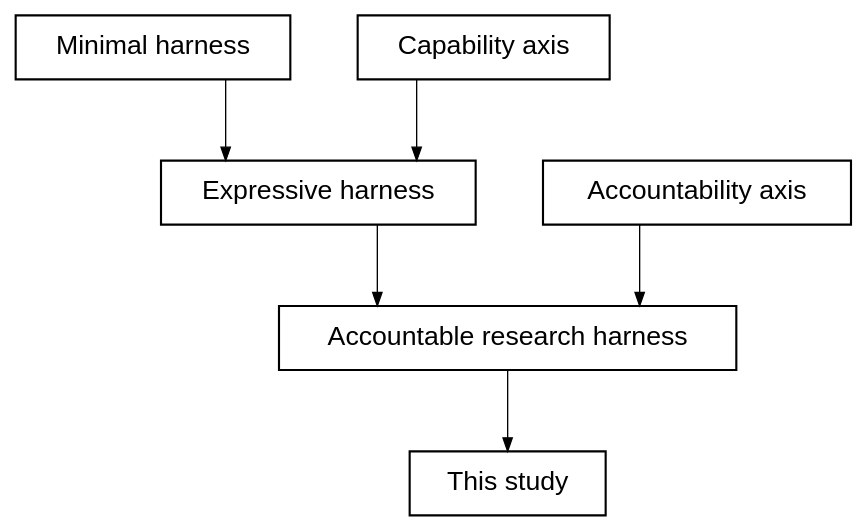
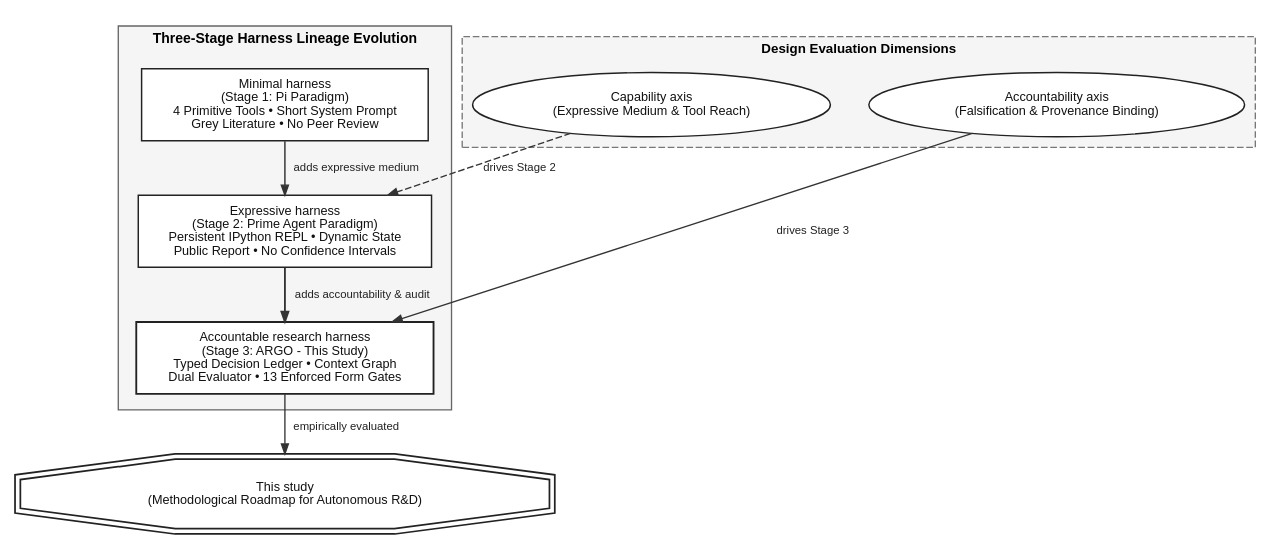
The diagram in paper/figures/rendered/fig-09.dot (umyunsang/argo), drawn with Graphviz before and after one commit. The commit also changed 32 other files, not shown here.

Commit message:
feat(paper): redesign all 9 figures into rich multi-tier technical architecture schematics with balanced aspect ratios

```diff
--- a/paper/figures/rendered/fig-09.dot
+++ b/paper/figures/rendered/fig-09.dot
@@ -1,19 +1,83 @@
-digraph G {
+digraph HarnessLineage {
+  compound=true;
   rankdir=TB;
   bgcolor=white;
-  node [shape=box, style=solid, color=black, fontcolor=black, fontname="Helvetica", fontsize=20, penwidth=1.6, margin="0.30,0.18"];
-  edge [color=black, fontcolor=black, arrowhead=normal, penwidth=1.0];
-  splines=ortho;
-  nodesep=0.70; ranksep=0.85;
-  "Minimal harness" [label="Minimal harness"];
-  "Expressive harness" [label="Expressive harness"];
-  "Accountable research harness" [label="Accountable research harness"];
-  "Capability axis" [label="Capability axis"];
-  "Accountability axis" [label="Accountability axis"];
-  "This study" [label="This study"];
-  "Minimal harness" -> "Expressive harness";
-  "Expressive harness" -> "Accountable research harness";
-  "Capability axis" -> "Expressive harness";
-  "Accountability axis" -> "Accountable research harness";
-  "Accountable research harness" -> "This study";
+  nodesep=0.40;
+  ranksep=0.45;
+
+  node [
+    shape=box,
+    style="filled,solid",
+    fillcolor="#FFFFFF",
+    color="#222222",
+    fontcolor="#111111",
+    fontname="Helvetica",
+    fontsize=9.5,
+    penwidth=1.1,
+    margin="0.16,0.10"
+  ];
+
+  edge [
+    color="#333333",
+    fontcolor="#222222",
+    fontname="Helvetica",
+    fontsize=8.5,
+    arrowhead=normal,
+    arrowsize=0.75,
+    penwidth=1.0
+  ];
+
+  subgraph cluster_stages {
+    label="Three-Stage Harness Lineage Evolution";
+    fontname="Helvetica-Bold";
+    fontsize=10.5;
+    color="#666666";
+    fillcolor="#F5F5F5";
+    style="filled,solid";
+    margin=12;
+
+    stage1 [
+      label="Minimal harness\n(Stage 1: Pi Paradigm)\n4 Primitive Tools • Short System Prompt\nGrey Literature • No Peer Review",
+      shape=box
+    ];
+
+    stage2 [
+      label="Expressive harness\n(Stage 2: Prime Agent Paradigm)\nPersistent IPython REPL • Dynamic State\nPublic Report • No Confidence Intervals",
+      shape=box
+    ];
+
+    stage3 [
+      label="Accountable research harness\n(Stage 3: ARGO - This Study)\nTyped Decision Ledger • Context Graph\nDual Evaluator • 13 Enforced Form Gates",
+      shape=box,
+      style="filled,bold",
+      penwidth=1.4
+    ];
+
+    stage1 -> stage2 [label="adds expressive medium", penwidth=1.1];
+    stage2 -> stage3 [label="adds accountability & audit", penwidth=1.4];
+  }
+
+  subgraph cluster_axes {
+    label="Design Evaluation Dimensions";
+    fontname="Helvetica-Bold";
+    fontsize=10.0;
+    color="#777777";
+    fillcolor="#F5F5F5";
+    style="filled,dashed";
+    margin=8;
+
+    cap_axis [label="Capability axis\n(Expressive Medium & Tool Reach)", shape=ellipse];
+    acc_axis [label="Accountability axis\n(Falsification & Provenance Binding)", shape=ellipse];
+  }
+
+  cap_axis -> stage2 [style=dashed, label="drives Stage 2"];
+  acc_axis -> stage3 [style=bold, label="drives Stage 3"];
+
+  this_study [
+    label="This study\n(Methodological Roadmap for Autonomous R&D)",
+    shape=doubleoctagon,
+    penwidth=1.3
+  ];
+
+  stage3 -> this_study [label="empirically evaluated"];
 }
```
